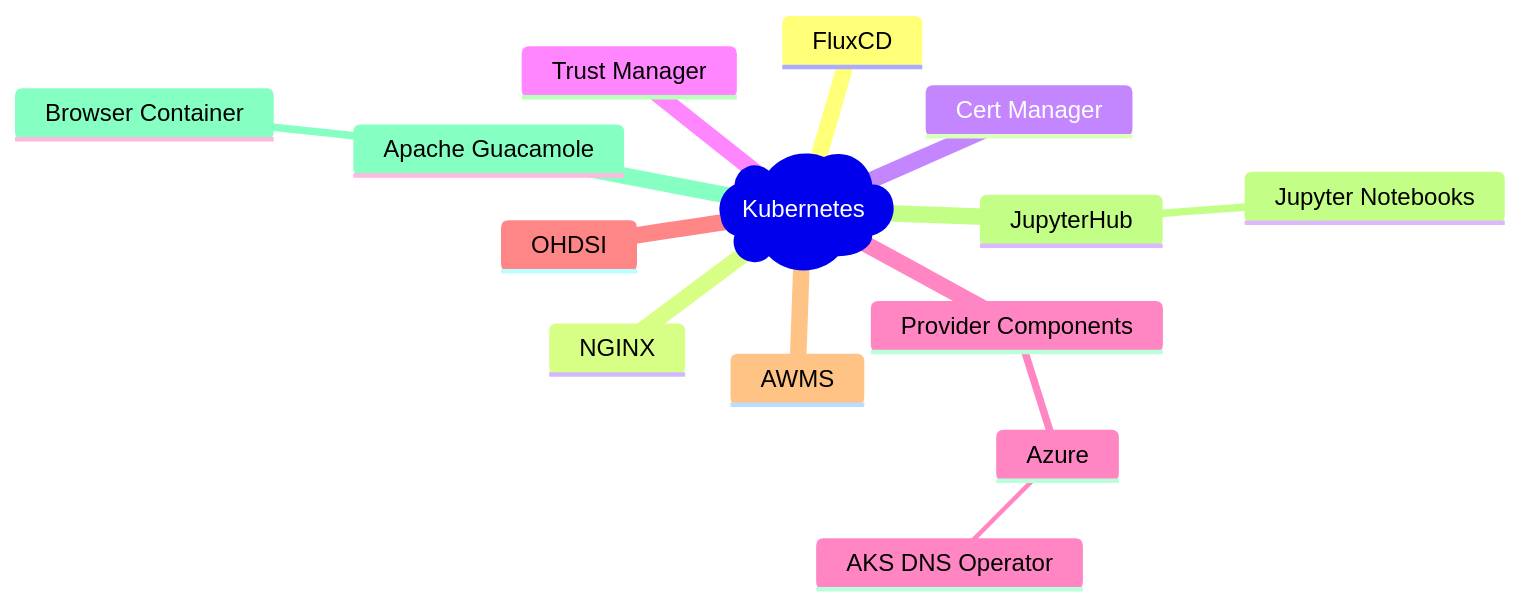
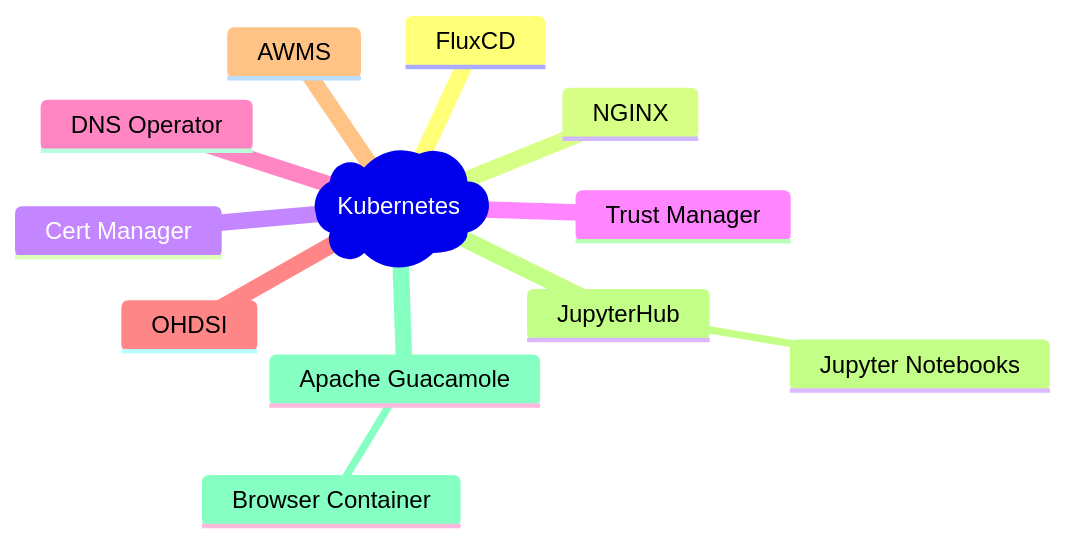
Before and after one commit to lsc-sde/lsc-sde: the diagram in docs/Secure-Data-Environment/Infrastructure/Kubernetes.md, drawn with Mermaid.

Commit message:
updated mindmap

````diff
--- a/docs/Secure-Data-Environment/Infrastructure/Kubernetes.md
+++ b/docs/Secure-Data-Environment/Infrastructure/Kubernetes.md
@@ -14,17 +14,15 @@
 ```mermaid
 mindmap
   root)Kubernetes(
     FluxCD
     NGINX
     Cert Manager
     Trust Manager
-    Provider Components
-        Azure
-            AKS DNS Operator
+    DNS Operator
     OHDSI
     AWMS
     JupyterHub
         Jupyter Notebooks
     Apache Guacamole
         Browser Container
 ```
````
